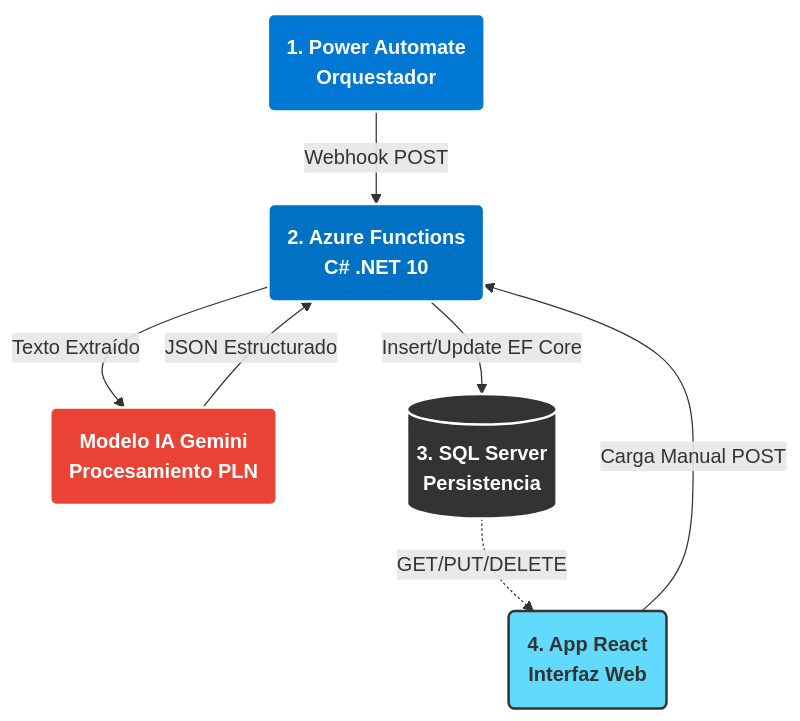
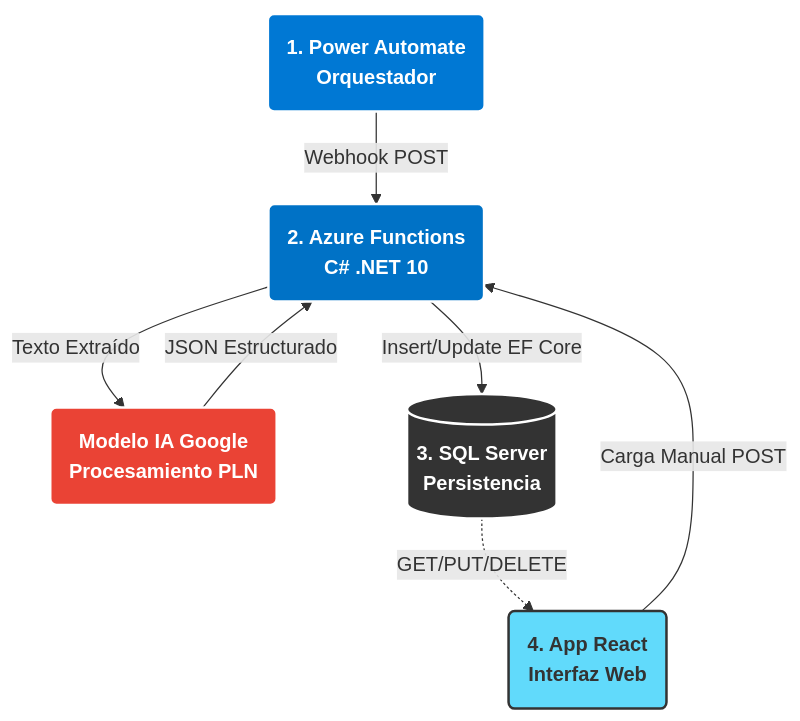
One commit to thejeferson2025/ExtractorFacturasAzure changed the diagram in readme.md. Above: the diagram before and after it, drawn with Mermaid.

Commit message:
update graph architecture

````diff
--- a/readme.md
+++ b/readme.md
@@ -11,31 +11,31 @@
 ```mermaid
 graph TD
     %% Definición de Estilos
     classDef azure fill:#0072c6,stroke:#fff,stroke-width:2px,color:#fff,font-weight:bold;
     classDef powerAutomate fill:#0078d4,stroke:#fff,stroke-width:2px,color:#fff,font-weight:bold;
     classDef ai fill:#ea4335,stroke:#fff,stroke-width:2px,color:#fff,font-weight:bold;
     classDef db fill:#333333,stroke:#fff,stroke-width:2px,color:#fff,font-weight:bold;
     classDef react fill:#61dafb,stroke:#333,stroke-width:2px,color:#333,font-weight:bold;
 
-    %% Nodos
-    A(1. Power Automate<br>Orquestador)
-    B(2. Azure Functions<br>C# .NET 10)
-    C(Modelo IA Gemini<br>Procesamiento PLN)
-    D[(3. SQL Server<br>Persistencia)]
-    E(4. App React<br>Interfaz Web)
+    %% Nodos (Se agregan comillas dobles para que GitHub respete los saltos de línea)
+    A("1. Power Automate<br/>Orquestador")
+    B("2. Azure Functions<br/>C# .NET 10")
+    C("Modelo IA Google<br/>Procesamiento PLN")
+    D[("3. SQL Server<br/>Persistencia")]
+    E("4. App React<br/>Interfaz Web")
 
     %% Asignación de estilos segura
     class A powerAutomate;
     class B azure;
     class C ai;
     class D db;
     class E react;
 
     %% Conexiones con sintaxis universal
     A -->|Webhook POST| B
     B -->|Texto Extraído| C
     C -->|JSON Estructurado| B
     B -->|Insert/Update EF Core| D
     D -.->|GET/PUT/DELETE| E
     E -->|Carga Manual POST| B
 ```
````
